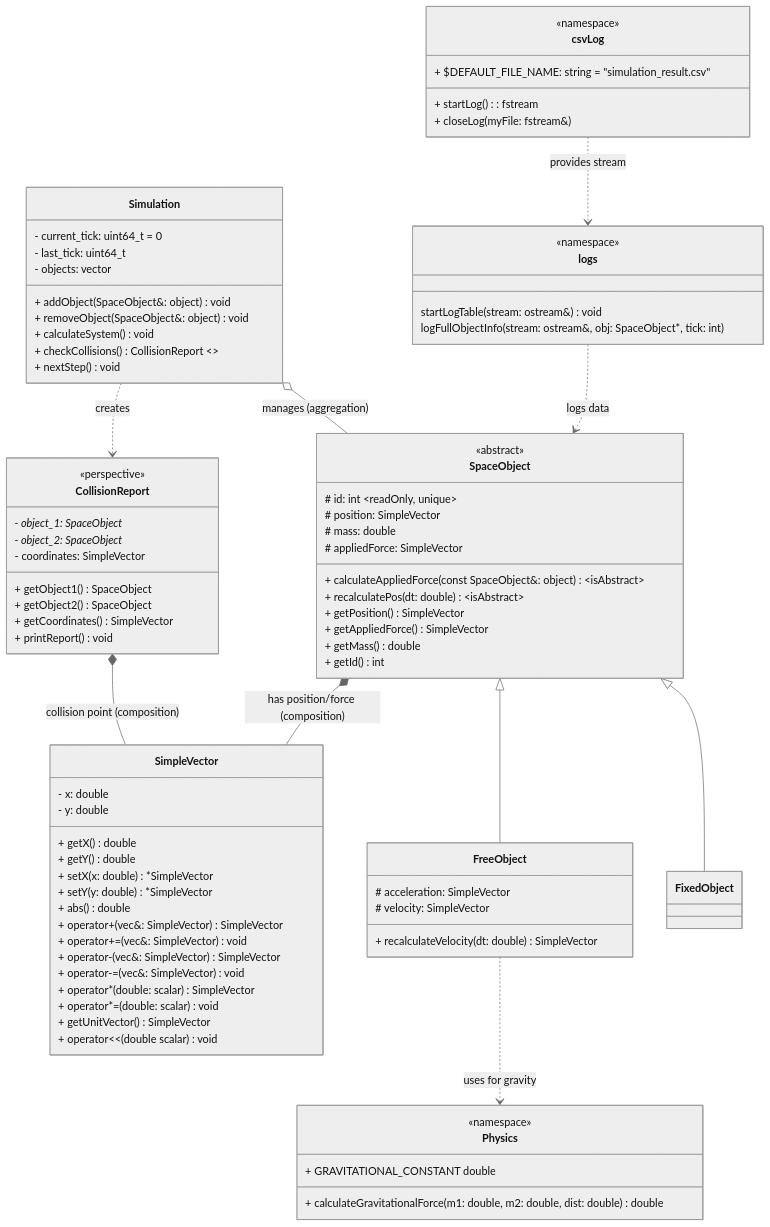
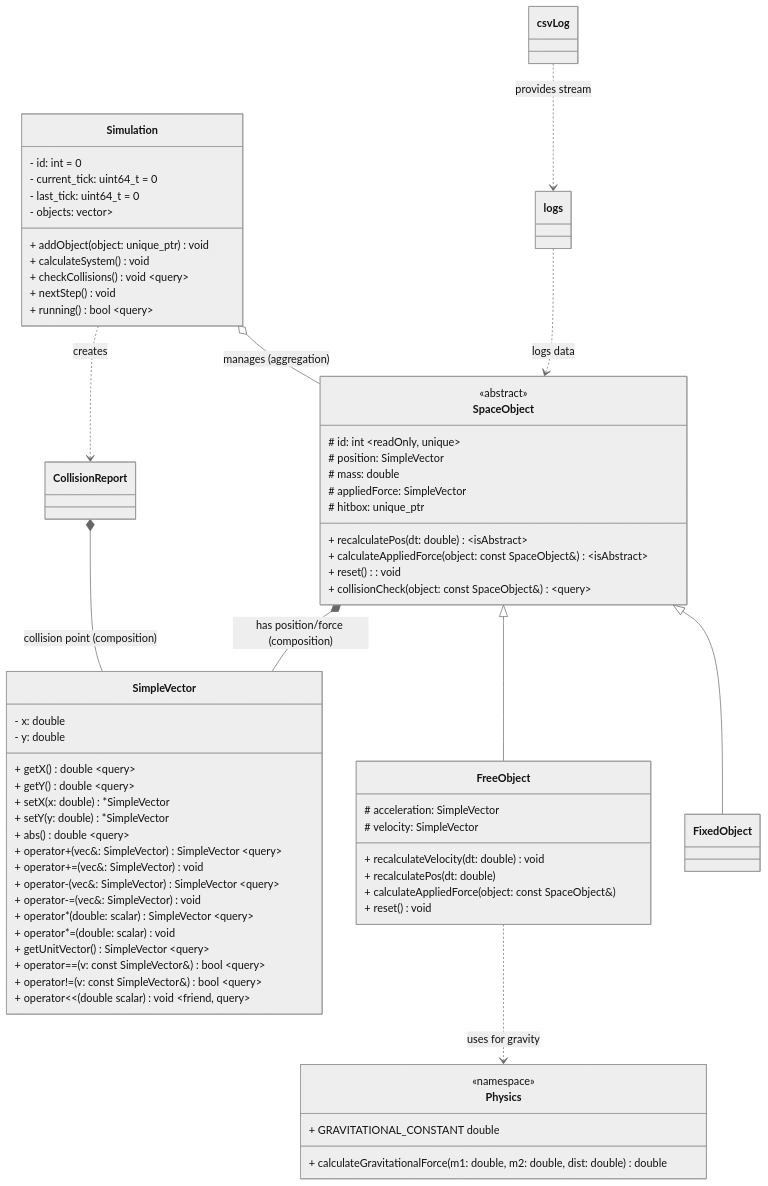
One commit to kotenko-o/simple-orbit-simulator changed the second of 3 diagrams in README.md. Above: the diagram before and after it, drawn with Mermaid (neutral theme). The commit also changed other lines of this file, not shown here.

````diff
--- a/README.md
+++ b/README.md
@@ -129,14 +128,15 @@
     csvLog ..> logs : provides stream
     
     class Simulation {
+        - id: int = 0
         - current_tick: uint64_t = 0
-        - last_tick: uint64_t
-        - objects: vector<SpaceObject*>
-        + addObject(SpaceObject&: object) void
-        + removeObject(SpaceObject&: object) void
+        - last_tick: uint64_t = 0
+        - objects: vector<unique_ptr<SpaceObject>>
+        + addObject(object: unique_ptr<SpaceObject>) void
         + calculateSystem() void
-        + checkCollisions() CollisionReport <<not implemented>>
+        + checkCollisions() void ~query~
         + nextStep() void
+        + running() bool ~query~
     }
 
     class SpaceObject {
@@ -145,12 +145,11 @@
         # position: SimpleVector
         # mass: double
         # appliedForce: SimpleVector
-        + calculateAppliedForce(const SpaceObject&: object) ~isAbstract~
+        # hitbox: unique_ptr<Hitbox>
         + recalculatePos(dt: double) ~isAbstract~
-        + getPosition() SimpleVector
-        + getAppliedForce() SimpleVector 
-        + getMass() double
-        + getId() int
+        + calculateAppliedForce(object: const SpaceObject&) ~isAbstract~
+        + reset(): void
+        + collisionCheck(object: const SpaceObject&) ~query~
     }
 
     class FixedObject {
@@ -160,36 +159,30 @@
     class FreeObject {
         # acceleration: SimpleVector
         # velocity: SimpleVector
-        + recalculateVelocity(dt: double) SimpleVector
+        + recalculateVelocity(dt: double) void
+        + recalculatePos(dt: double)
+        + calculateAppliedForce(object: const SpaceObject&)
+        + reset() void
     }
 
     class SimpleVector {
         - x: double
         - y: double
-        + getX() double
-        + getY() double
+        + getX() double ~query~
+        + getY() double ~query~
         + setX(x: double) *SimpleVector
         + setY(y: double) *SimpleVector
-        + abs() double
-        + operator+(vec&: SimpleVector) SimpleVector
+        + abs() double ~query~
+        + operator+(vec&: SimpleVector) SimpleVector ~query~
         + operator+=(vec&: SimpleVector) void
-        + operator-(vec&: SimpleVector) SimpleVector
+        + operator-(vec&: SimpleVector) SimpleVector ~query~
         + operator-=(vec&: SimpleVector) void
-        + operator*(double: scalar) SimpleVector
+        + operator*(double: scalar) SimpleVector ~query~
         + operator*=(double: scalar) void
-        + getUnitVector() SimpleVector
-        + operator<<(double scalar) void
-    }
-
-    class CollisionReport {
-        <<perspective>>
-        - object_1: SpaceObject*
-        - object_2: SpaceObject*
-        - coordinates: SimpleVector
-        + getObject1() SpaceObject
-        + getObject2() SpaceObject
-        + getCoordinates() SimpleVector
-        + printReport() void
+        + getUnitVector() SimpleVector ~query~
+        + operator==(v: const SimpleVector&) bool ~query~
+        + operator!=(v: const SimpleVector&) bool ~query~
+        + operator<<(double scalar) void ~friend, query~
     }
 
     class Physics {
@@ -197,17 +190,4 @@
         + GRAVITATIONAL_CONSTANT double
         + calculateGravitationalForce(m1: double, m2: double, dist: double) double
     }
-
-    class logs {
-        <<namespace>>
-        startLogTable(stream: ostream&) void
-        logFullObjectInfo(stream: ostream&, obj: SpaceObject*, tick: int)
-    }
-
-    class csvLog {
-        <<namespace>>
-        + $DEFAULT_FILE_NAME: string = "simulation_result.csv"
-        + startLog(): fstream
-        + closeLog(myFile: fstream&)
-    }
 ```
````
